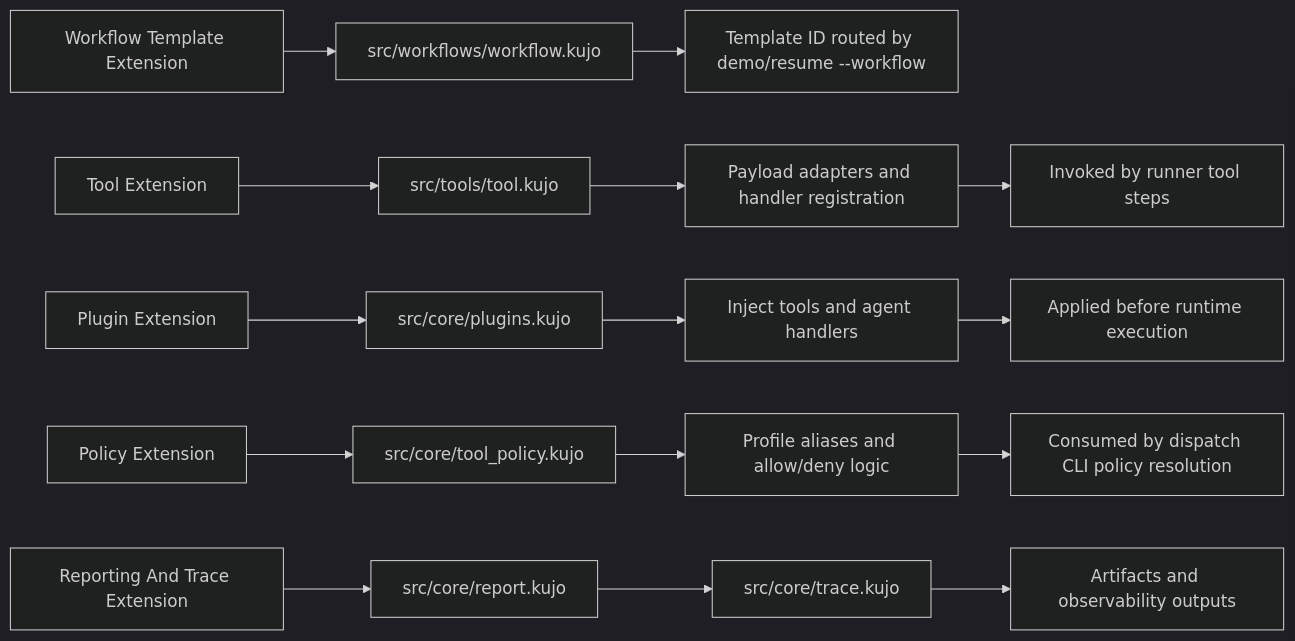
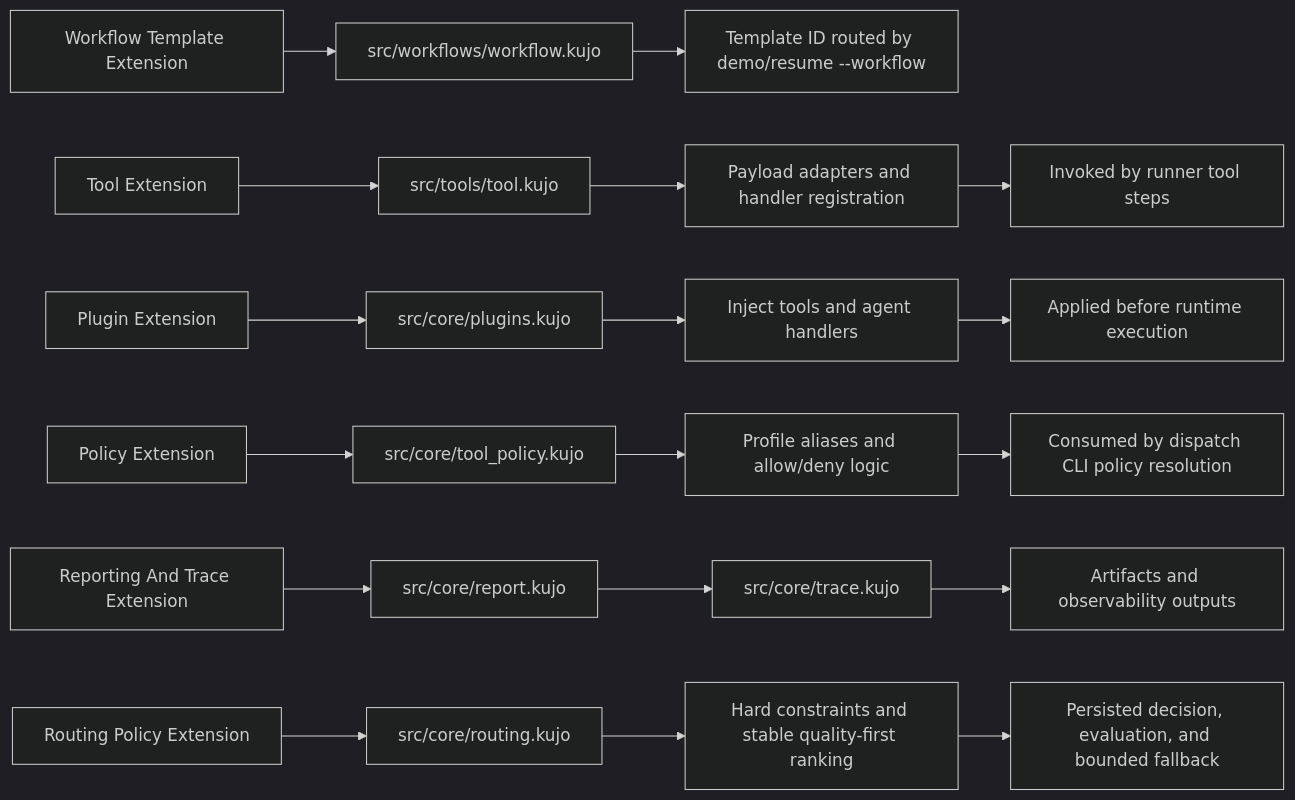
Before and after one commit to kujolang/dispatch: the second of 2 diagrams in docs/architecture-and-extension-diagrams.md, drawn with Mermaid (dark theme). The commit also changed other lines of this file and 5 other files, not shown here.

````diff
--- a/docs/architecture-and-extension-diagrams.md
+++ b/docs/architecture-and-extension-diagrams.md
@@ -31,21 +35,25 @@
 ```mermaid
 flowchart LR
 	A[Workflow Template Extension] --> A1[src/workflows/workflow.kujo]
 	A1 --> A2[Template ID routed by demo/resume --workflow]
 
 	B[Tool Extension] --> B1[src/tools/tool.kujo]
 	B1 --> B2[Payload adapters and handler registration]
 	B2 --> B3[Invoked by runner tool steps]
 
 	C[Plugin Extension] --> C1[src/core/plugins.kujo]
 	C1 --> C2[Inject tools and agent handlers]
 	C2 --> C3[Applied before runtime execution]
 
 	D[Policy Extension] --> D1[src/core/tool_policy.kujo]
 	D1 --> D2[Profile aliases and allow/deny logic]
 	D2 --> D3[Consumed by dispatch CLI policy resolution]
 
 	E[Reporting And Trace Extension] --> E1[src/core/report.kujo]
 	E1 --> E2[src/core/trace.kujo]
 	E2 --> E3[Artifacts and observability outputs]
+
+	F[Routing Policy Extension] --> F1[src/core/routing.kujo]
+	F1 --> F2[Hard constraints and stable quality-first ranking]
+	F2 --> F3[Persisted decision, evaluation, and bounded fallback]
 ```
````
